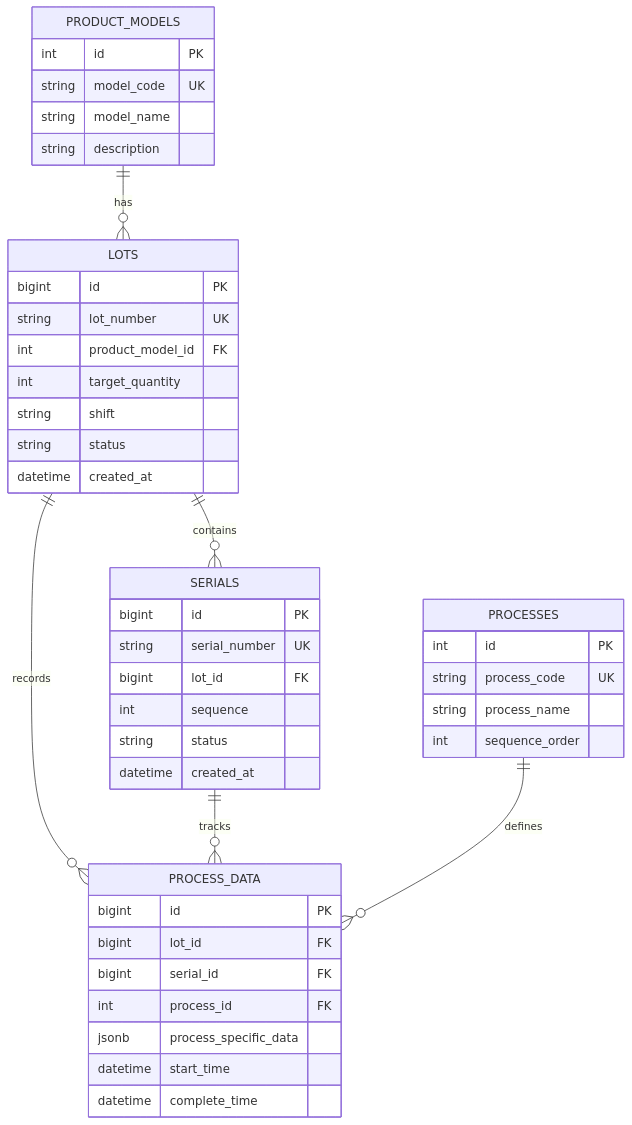
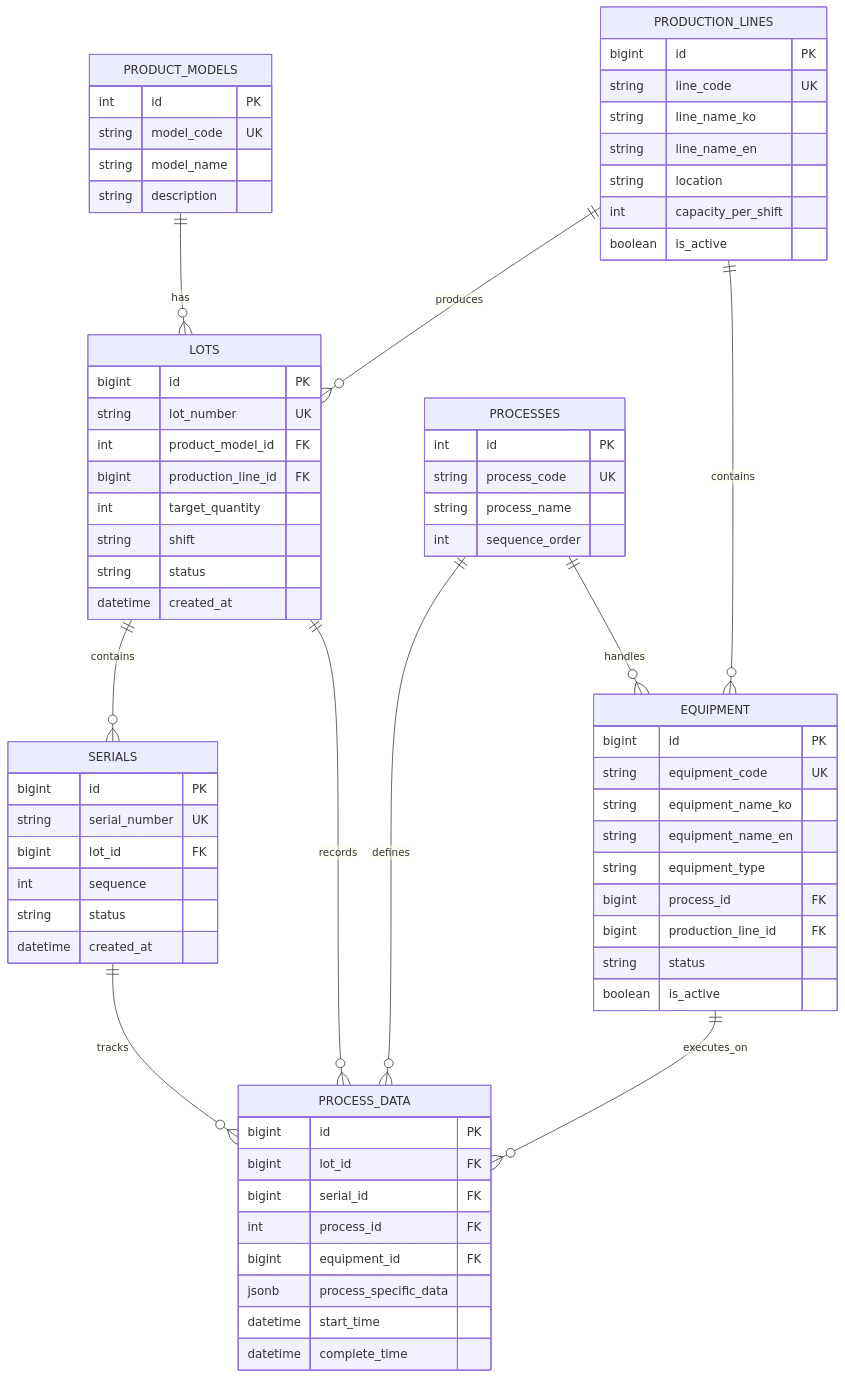
One commit to Soochol/F2X_NeuroHub changed the diagram in docs/user-specification/05-data-design/05-1-erd.md. Above: the diagram before and after it, drawn with Mermaid. The commit also changed other lines of this file and 187 other files, not shown here.

````diff
--- a/docs/user-specification/05-data-design/05-1-erd.md
+++ b/docs/user-specification/05-data-design/05-1-erd.md
@@ -25,51 +27,79 @@
 ```mermaid
 erDiagram
     PRODUCT_MODELS ||--o{ LOTS : has
     LOTS ||--o{ SERIALS : contains
     LOTS ||--o{ PROCESS_DATA : records
     SERIALS ||--o{ PROCESS_DATA : tracks
     PROCESSES ||--o{ PROCESS_DATA : defines
+    PRODUCTION_LINES ||--o{ LOTS : produces
+    PRODUCTION_LINES ||--o{ EQUIPMENT : contains
+    EQUIPMENT ||--o{ PROCESS_DATA : executes_on
+    PROCESSES ||--o{ EQUIPMENT : handles
 
     PRODUCT_MODELS {
         int id PK
         string model_code UK
         string model_name
         string description
     }
 
     LOTS {
         bigint id PK
         string lot_number UK
         int product_model_id FK
+        bigint production_line_id FK
         int target_quantity
         string shift
         string status
         datetime created_at
     }
 
     SERIALS {
         bigint id PK
         string serial_number UK
         bigint lot_id FK
         int sequence
         string status
         datetime created_at
     }
 
     PROCESSES {
         int id PK
         string process_code UK
         string process_name
         int sequence_order
     }
 
     PROCESS_DATA {
         bigint id PK
         bigint lot_id FK
         bigint serial_id FK
         int process_id FK
+        bigint equipment_id FK
         jsonb process_specific_data
         datetime start_time
         datetime complete_time
     }
+
+    PRODUCTION_LINES {
+        bigint id PK
+        string line_code UK
+        string line_name_ko
+        string line_name_en
+        string location
+        int capacity_per_shift
+        boolean is_active
+    }
+
+    EQUIPMENT {
+        bigint id PK
+        string equipment_code UK
+        string equipment_name_ko
+        string equipment_name_en
+        string equipment_type
+        bigint process_id FK
+        bigint production_line_id FK
+        string status
+        boolean is_active
+    }
 ```
````
